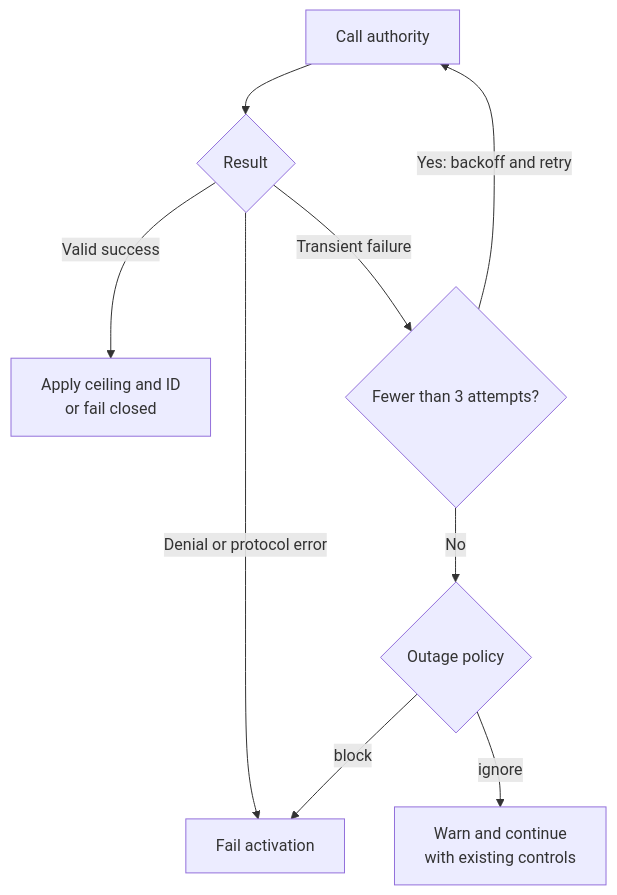
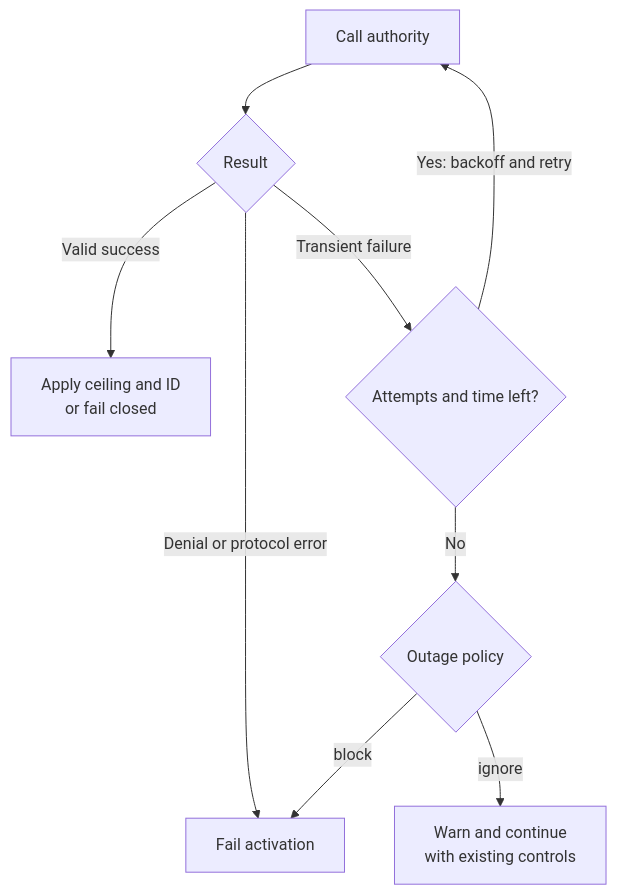
Before and after one commit to githubnext/gh-aw: the fourth of 5 diagrams in docs/src/content/docs/specs/admission-service-specification.md, drawn with Mermaid. The commit also changed other lines of this file and 1 other file, not shown here.

````diff
--- a/docs/src/content/docs/specs/admission-service-specification.md
+++ b/docs/src/content/docs/specs/admission-service-specification.md
@@ -495,11 +499,11 @@
 ```mermaid
 flowchart TD
     A["Call authority"] --> R{"Result"}
     R -->|Valid success| C["Apply ceiling and ID<br/>or fail closed"]
     R -->|Denial or protocol error| B["Fail activation"]
-    R -->|Transient failure| T{"Fewer than 3 attempts?"}
+    R -->|Transient failure| T{"Attempts and time left?"}
     T -->|Yes: backoff and retry| A
     T -->|No| P{"Outage policy"}
     P -->|ignore| I["Warn and continue<br/>with existing controls"]
     P -->|block| B
 ```
````
